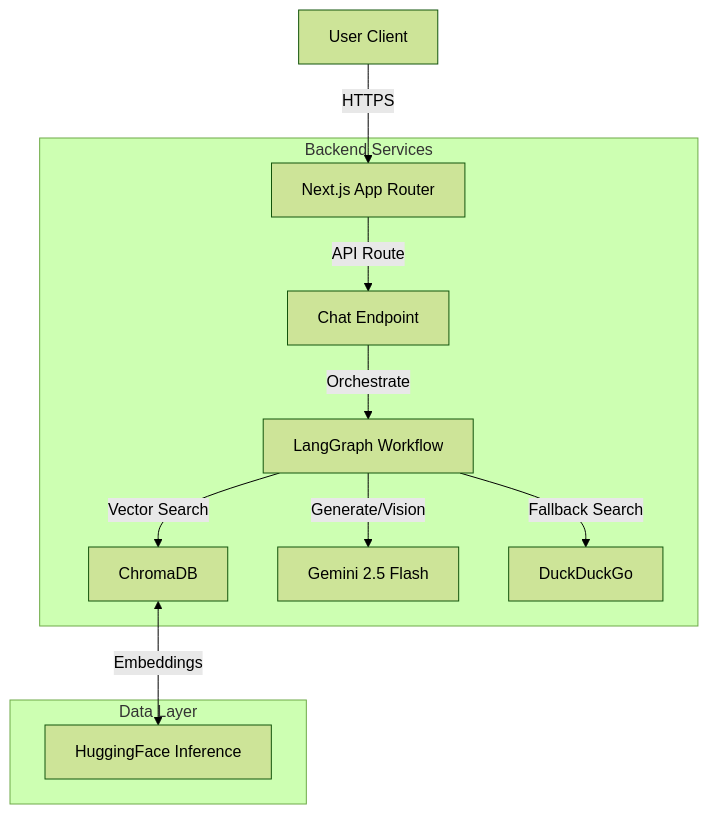
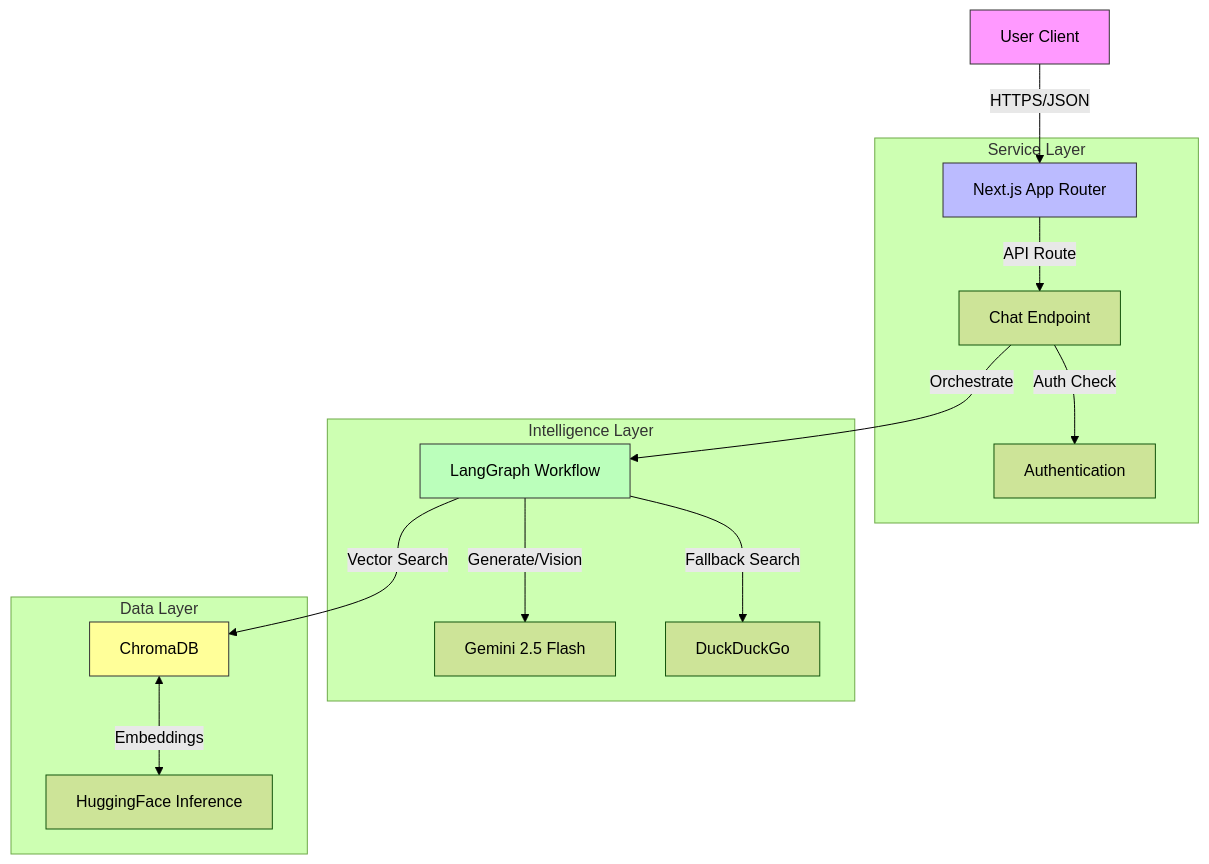
The first of 3 diagrams in README.md (NEhIL06/zenfit), drawn with Mermaid (forest theme) before and after one commit. The commit also changed other lines of this file, not shown here.

````diff
--- a/README.md
+++ b/README.md
@@ -40,17 +56,25 @@
 ```mermaid
 graph TD
-    User[User Client] -->|HTTPS| NextApp[Next.js App Router]
+    User[User Client] -->|HTTPS/JSON| NextApp[Next.js App Router]
     
-    subgraph "Backend Services"
+    subgraph "Service Layer"
         NextApp -->|API Route| ChatAPI[Chat Endpoint]
+        ChatAPI -->|Auth Check| Auth[Authentication]
+    end
+    
+    subgraph "Intelligence Layer"
         ChatAPI -->|Orchestrate| SelfRAG[LangGraph Workflow]
-        
-        SelfRAG -->|Vector Search| Chroma[ChromaDB]
         SelfRAG -->|Generate/Vision| Gemini[Gemini 2.5 Flash]
         SelfRAG -->|Fallback Search| DDG[DuckDuckGo]
     end
     
     subgraph "Data Layer"
+        SelfRAG -->|Vector Search| Chroma[ChromaDB]
         Chroma <-->|Embeddings| HF[HuggingFace Inference]
     end
+    
+    style User fill:#f9f,stroke:#333
+    style NextApp fill:#bbf,stroke:#333
+    style SelfRAG fill:#bfb,stroke:#333
+    style Chroma fill:#ff9,stroke:#333
 ```
````
